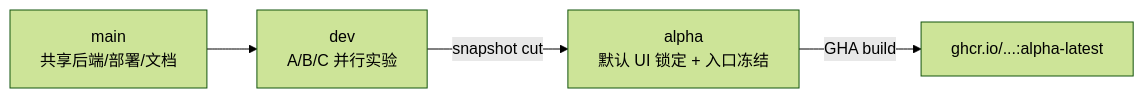
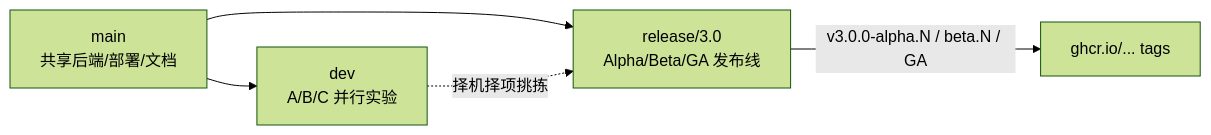
One commit to slackworker/chain-subconverter changed the first of 2 diagrams in docs/plan/3.0-alpha-cutover.md. Above: the diagram before and after it, drawn with Mermaid (forest theme). The commit also changed other lines of this file and 9 other files, not shown here.

First line of the commit message:
docs: align 3.0 Alpha with release/3.0 and default entry

````diff
--- a/docs/plan/3.0-alpha-cutover.md
+++ b/docs/plan/3.0-alpha-cutover.md
@@ -18,6 +18,7 @@
 ```mermaid
 flowchart LR
     main["main\n共享后端/部署/文档"] --> dev["dev\nA/B/C 并行实验"]
-    dev -->|"snapshot cut"| alpha["alpha\n默认 UI 锁定 + 入口冻结"]
-    alpha -->|"GHA build"| ghcr["ghcr.io/...:alpha-latest"]
+    main --> release["release/3.0\nAlpha/Beta/GA 发布线"]
+    dev -.->|"择机择项挑拣"| release
+    release -->|"v3.0.0-alpha.N / beta.N / GA"| ghcr["ghcr.io/... tags"]
 ```
````
